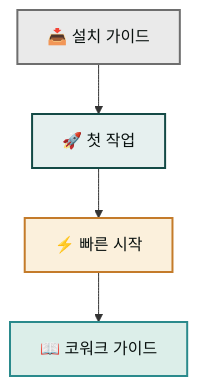
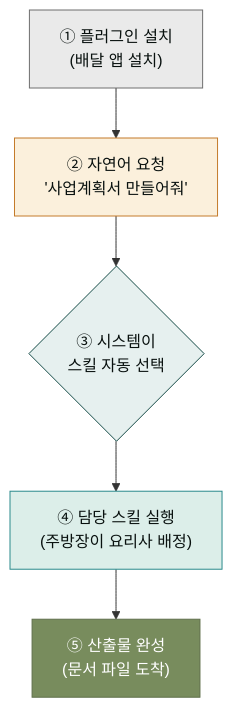
Before and after one commit to modu-ai/claude: the second of 2 diagrams in content/getting-started/_index.md, drawn with Mermaid. The commit also changed other lines of this file and 109 other files, not shown here.

First line of the commit message:
chore(release): v2.23.0 — drawio-diagram 스킬 제거 + docs-site 산문·SVG 보강

````diff
--- a/content/getting-started/_index.md
+++ b/content/getting-started/_index.md
@@ -11,11 +49,13 @@
 ```mermaid
 flowchart TD
-    A["📥 설치 가이드"] --> B["🚀 첫 작업"]
-    B --> C["⚡ 빠른 시작"]
-    C --> D["📖 코워크 가이드"]
+    A["① 플러그인 설치<br/>(배달 앱 설치)"] --> B["② 자연어 요청<br/>'사업계획서 만들어줘'"]
+    B --> C{"③ 시스템이<br/>스킬 자동 선택"}
+    C --> D["④ 담당 스킬 실행<br/>(주방장이 요리사 배정)"]
+    D --> E["⑤ 산출물 완성<br/>(문서 파일 도착)"]
 
-    style A fill:#eaeaea,stroke:#6e6e6e,stroke-width:2px,color:#09110f
-    style B fill:#e6f0ef,stroke:#144a46,stroke-width:2px,color:#09110f
-    style C fill:#fbf0dc,stroke:#c47b2a,stroke-width:2px,color:#09110f
-    style D fill:#dceee9,stroke:#2a8a8c,stroke-width:2px,color:#09110f
+    style A fill:#eaeaea,stroke:#6e6e6e,color:#09110f
+    style B fill:#fbf0dc,stroke:#c47b2a,color:#09110f
+    style C fill:#e6f0ef,stroke:#144a46,color:#09110f
+    style D fill:#dceee9,stroke:#2a8a8c,color:#09110f
+    style E fill:#788C5D,stroke:#5F6F4A,color:#FFFFFF
 ```
````
